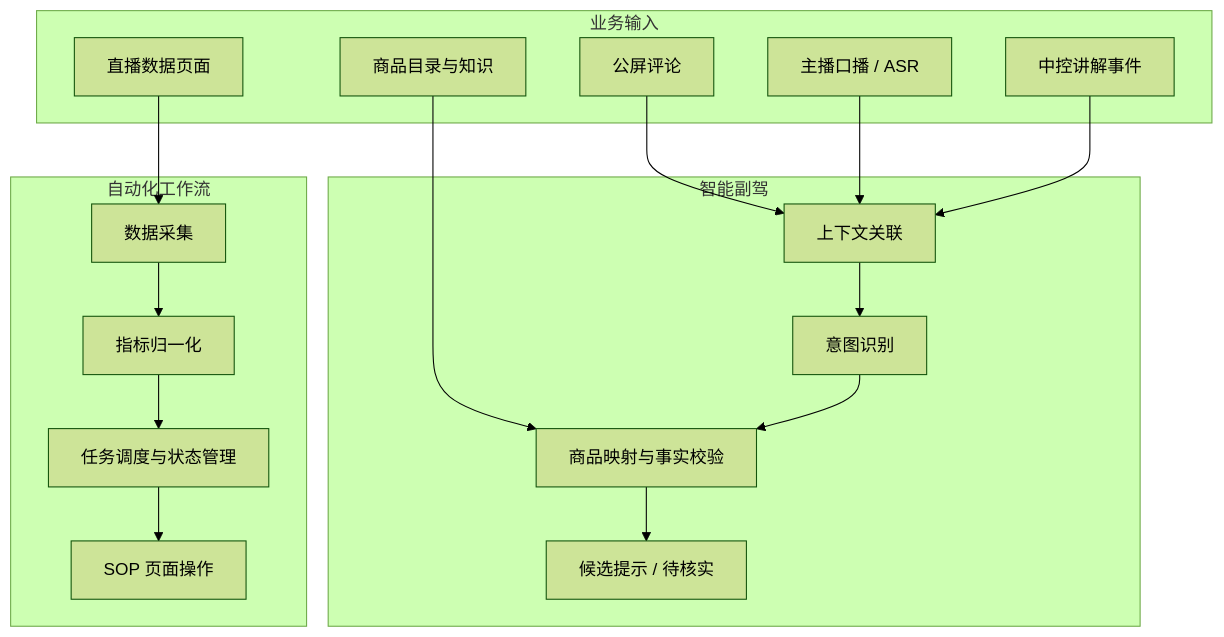
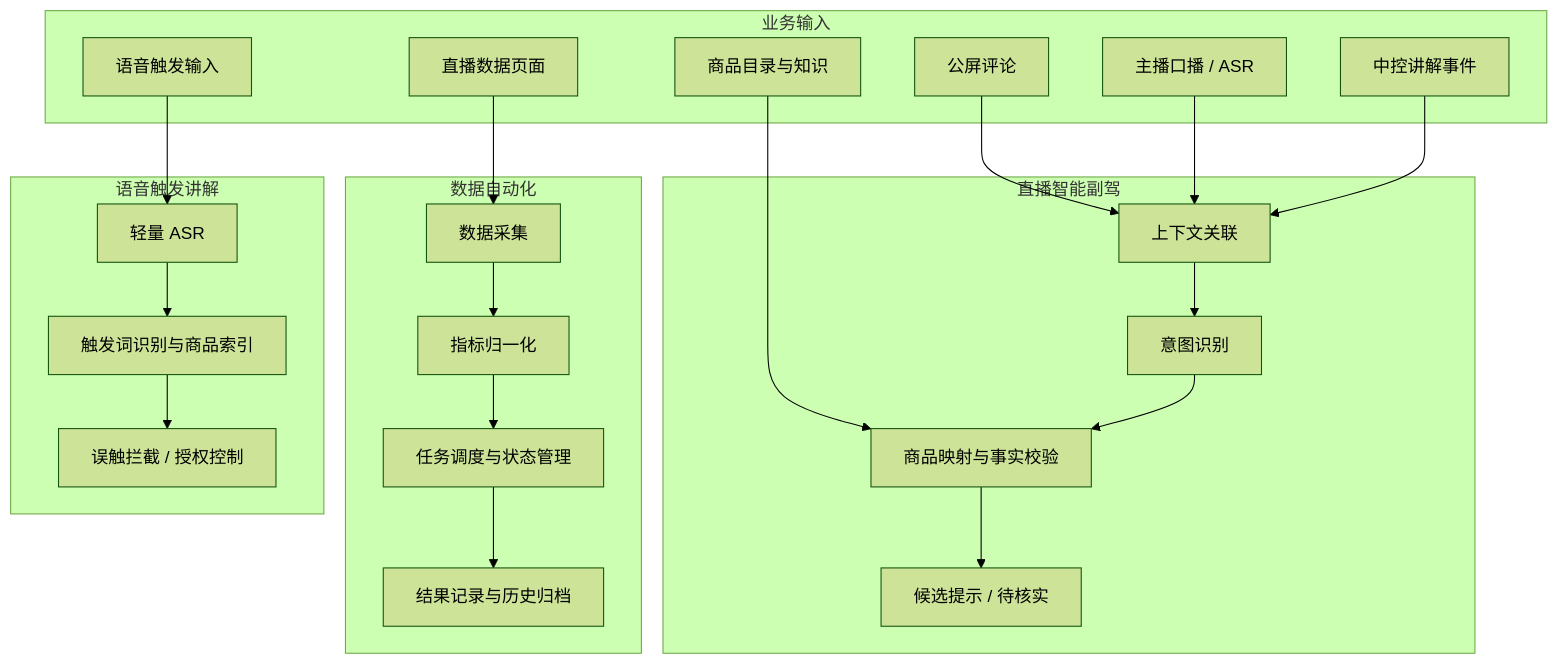
The diagram in README.md (hjs980824/xiaoman-agent-portfolio), drawn with Mermaid (forest theme) before and after one commit. The commit also changed other lines of this file, not shown here.

Commit message:
docs: remove unrelated DOM SOP project from Xiaoman overview

````diff
--- a/README.md
+++ b/README.md
@@ -66,32 +60,39 @@
 ```mermaid
 flowchart TB
   subgraph INPUT[业务输入]
     A[公屏评论]
     B[主播口播 / ASR]
     C[中控讲解事件]
     D[商品目录与知识]
     E[直播数据页面]
+    F[语音触发输入]
   end
 
-  subgraph COPILOT[智能副驾]
-    F[上下文关联]
-    G[意图识别]
-    H[商品映射与事实校验]
-    I[候选提示 / 待核实]
+  subgraph COPILOT[直播智能副驾]
+    G[上下文关联]
+    H[意图识别]
+    I[商品映射与事实校验]
+    J[候选提示 / 待核实]
   end
 
-  subgraph AUTOMATION[自动化工作流]
-    J[数据采集]
-    K[指标归一化]
-    L[任务调度与状态管理]
-    M[SOP 页面操作]
+  subgraph DATA[数据自动化]
+    K[数据采集]
+    L[指标归一化]
+    M[任务调度与状态管理]
+    N[结果记录与历史归档]
   end
 
-  A --> F
-  B --> F
-  C --> F
-  D --> H
-  F --> G --> H --> I
-  E --> J --> K --> L
-  L --> M
+  subgraph VOICE[语音触发讲解]
+    O[轻量 ASR]
+    P[触发词识别与商品索引]
+    Q[误触拦截 / 授权控制]
+  end
+
+  A --> G
+  B --> G
+  C --> G
+  D --> I
+  G --> H --> I --> J
+  E --> K --> L --> M --> N
+  F --> O --> P --> Q
 ```
````
